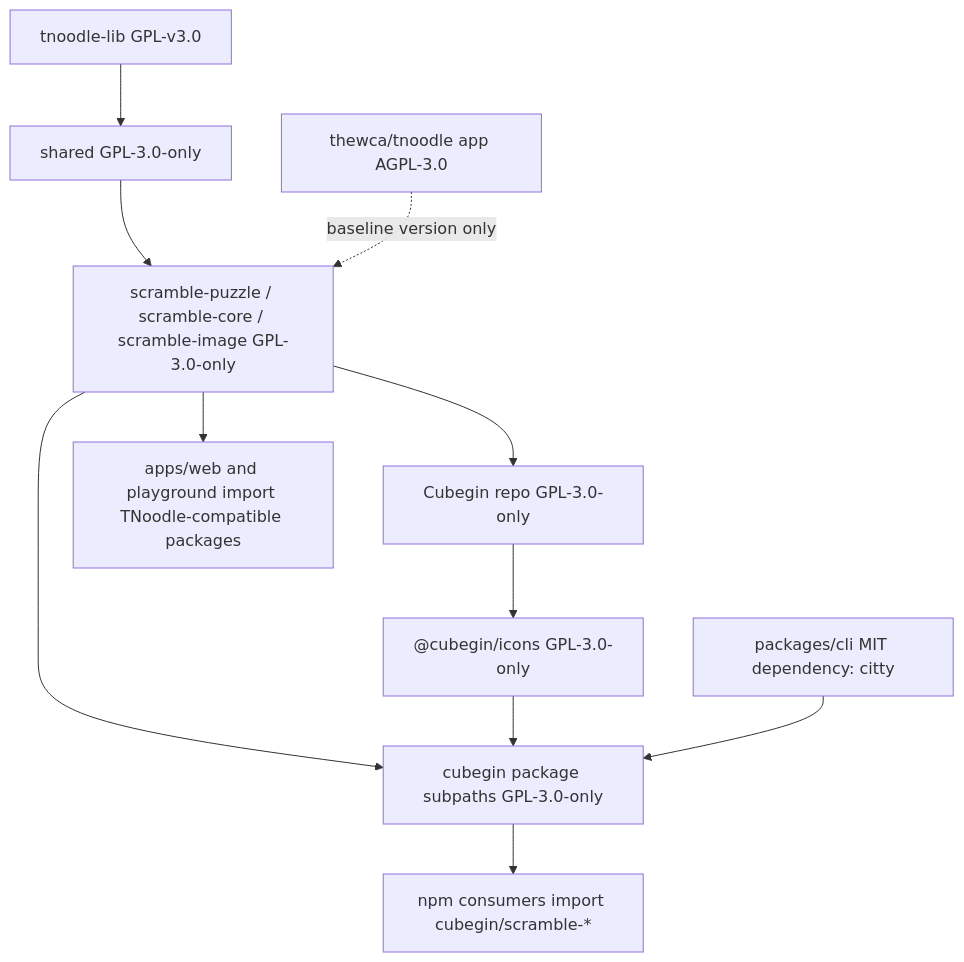
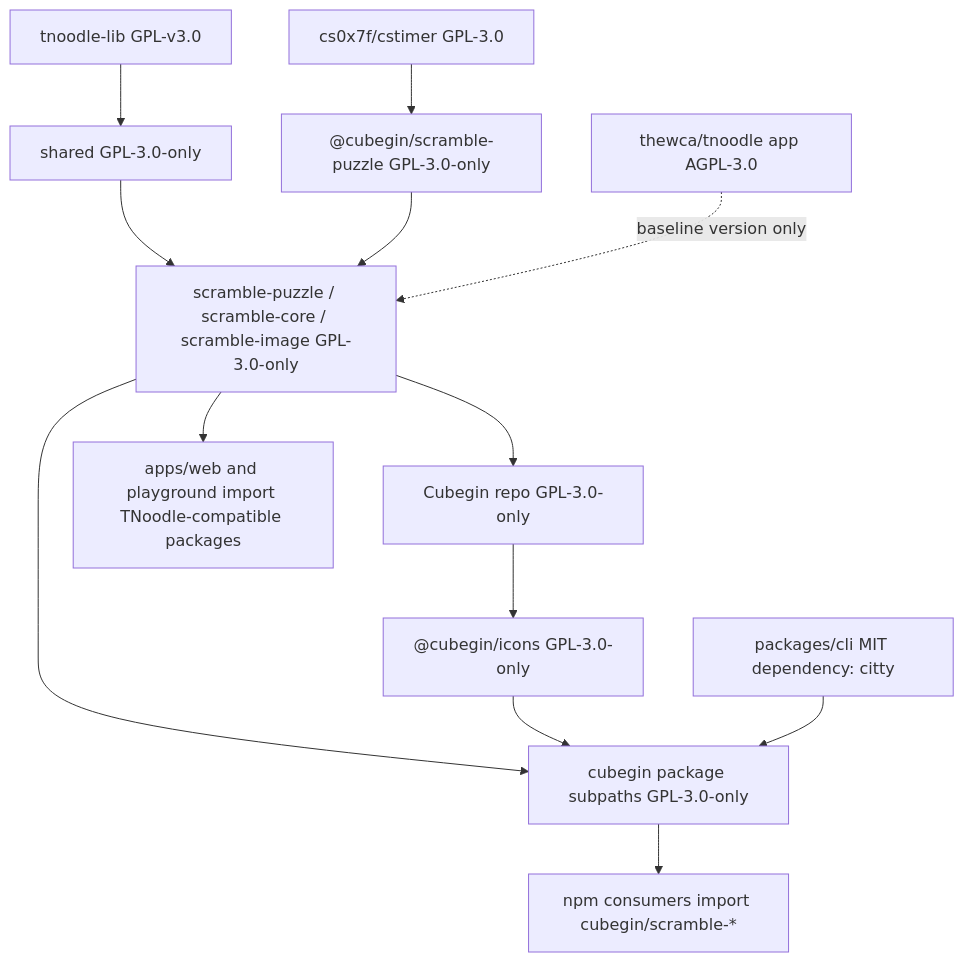
One commit to deweyou/cube-kit changed the diagram in docs/dependency-licensing.md. Above: the diagram before and after it, drawn with Mermaid. The commit also changed other lines of this file and 121 other files, not shown here.

````diff
--- a/docs/dependency-licensing.md
+++ b/docs/dependency-licensing.md
@@ -3,14 +3,16 @@
 ```mermaid
 flowchart TD
     TnoodleLib["tnoodle-lib GPL-v3.0"] --> SharedPkg["shared GPL-3.0-only"]
+    CsTimer["cs0x7f/cstimer GPL-3.0"] --> ScramblePuzzle["@cubegin/scramble-puzzle GPL-3.0-only"]
     SharedPkg --> NewPackages["scramble-puzzle / scramble-core / scramble-image GPL-3.0-only"]
+    ScramblePuzzle --> NewPackages
     RepoLicense --> Icons["@cubegin/icons GPL-3.0-only"]
     NewPackages --> PublicPackage["cubegin package subpaths GPL-3.0-only"]
     Icons --> PublicPackage
     Cli["packages/cli MIT dependency: citty"] --> PublicPackage
     NewPackages --> RepoLicense
     NewPackages --> Apps["apps/web and playground import TNoodle-compatible packages"]
     PublicPackage --> NpmConsumers["npm consumers import cubegin/scramble-*"]
     RepoLicense["Cubegin repo GPL-3.0-only"]
     TnoodleApp["thewca/tnoodle app AGPL-3.0"] -. "baseline version only" .-> NewPackages
 ```
````
